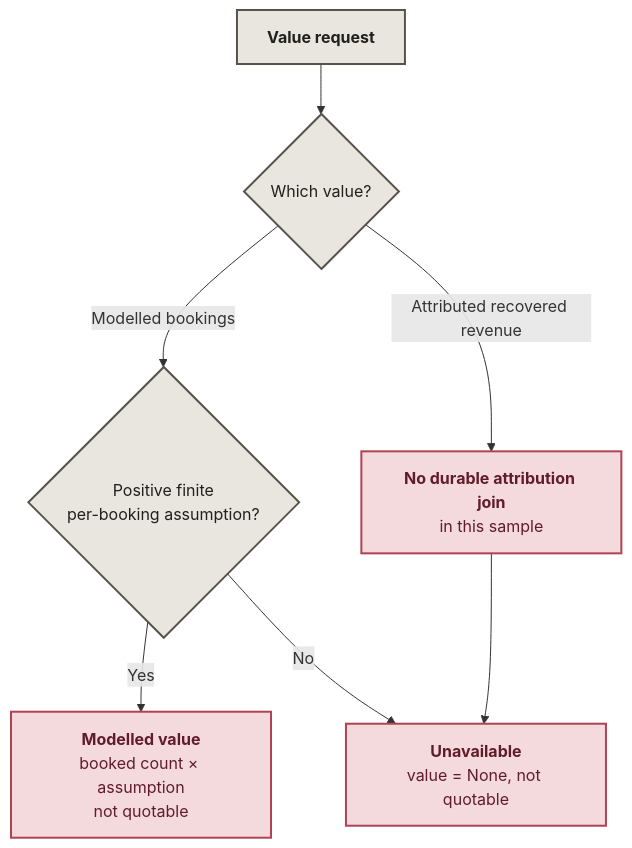
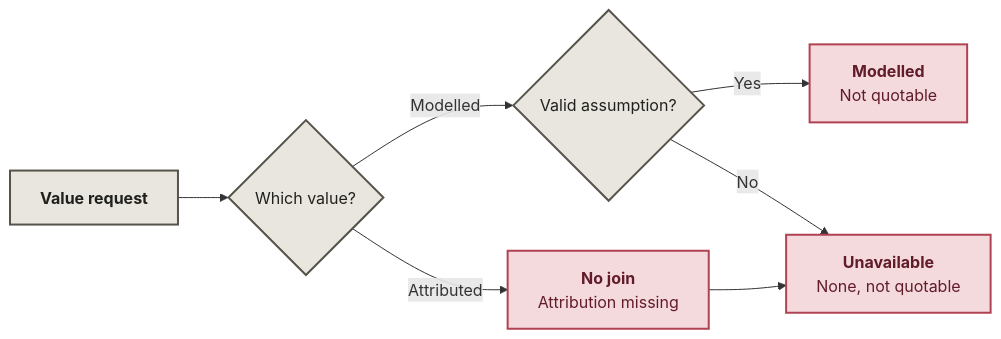
The second of 2 diagrams in README.md (Niyam-Paneru/metric-integrity), drawn with Mermaid before and after one commit. The commit also changed other lines of this file, not shown here.

Commit message:
docs: compact decision diagrams for README width

````diff
--- a/README.md
+++ b/README.md
@@ -29,13 +33,13 @@
 ```mermaid
-flowchart TB
+flowchart LR
     V["<b>Value request</b>"] --> K{"Which value?"}
-    K -- Modelled bookings --> A{"Positive finite<br/>per-booking assumption?"}
-    A -- Yes --> M["<b>Modelled value</b><br/>booked count × assumption<br/>not quotable"]
-    A -- No --> U["<b>Unavailable</b><br/>value = None, not quotable"]
-    K -- Attributed recovered revenue --> J["<b>No durable attribution join</b><br/>in this sample"]
+    K -- Modelled --> A{"Valid assumption?"}
+    A -- Yes --> M["<b>Modelled</b><br/>Not quotable"]
+    A -- No --> U["<b>Unavailable</b><br/>None, not quotable"]
+    K -- Attributed --> J["<b>No join</b><br/>Attribution missing"]
     J --> U
     classDef input fill:#e8e6df,stroke:#55534a,color:#20201d,stroke-width:2px;
     classDef stop fill:#f4dadd,stroke:#b14253,color:#611c29,stroke-width:2px;
     class V,K,A input;
     class M,U,J stop;
 ```
````
